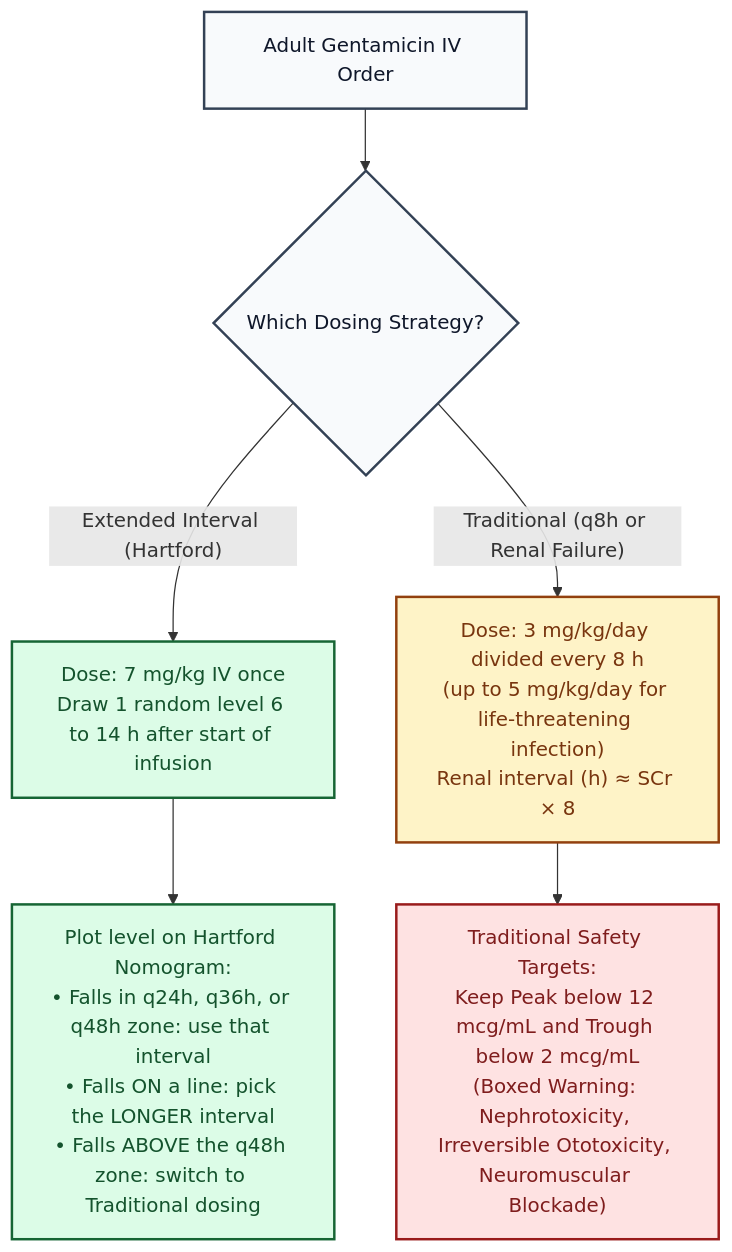
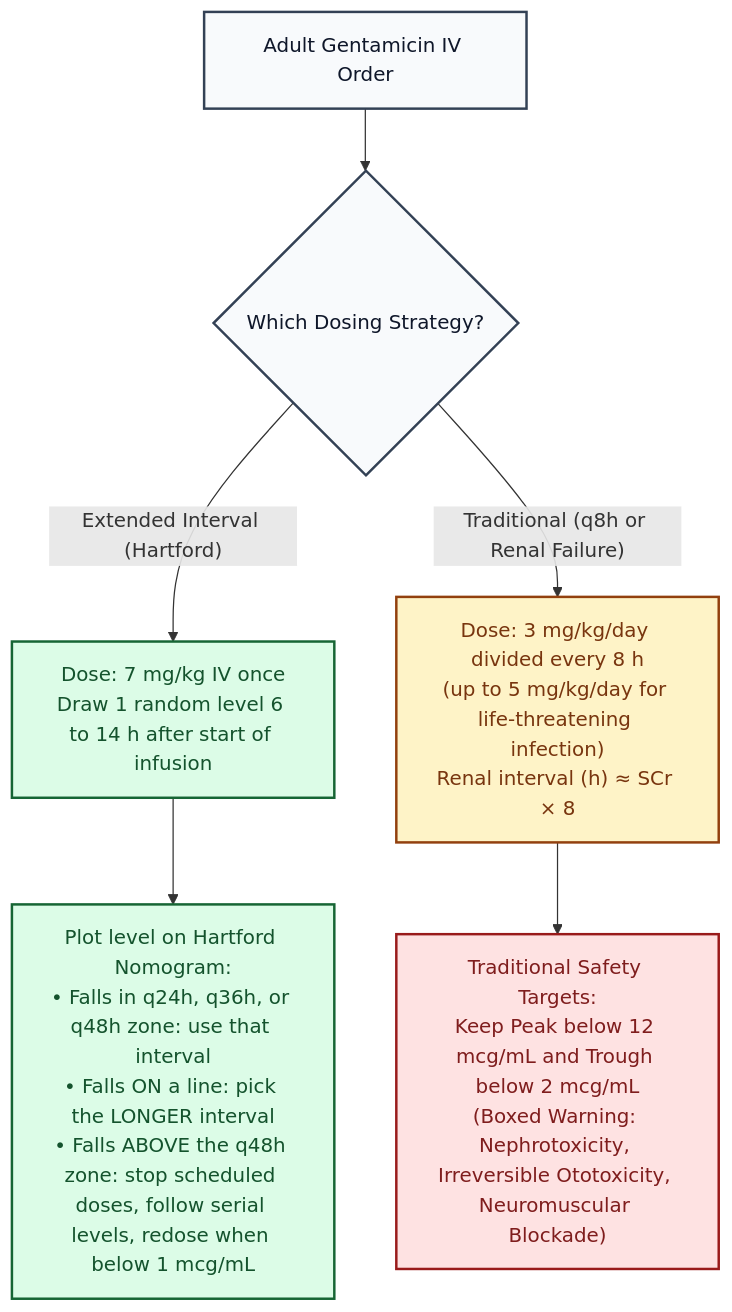
The diagram in src/wiki/drug-hub/monographs/Gentamicin.md (Shan12377/stmarys-residency-site), drawn with Mermaid before and after one commit. The commit also changed other lines of this file and 79 other files, not shown here.

````diff
--- a/src/wiki/drug-hub/monographs/Gentamicin.md
+++ b/src/wiki/drug-hub/monographs/Gentamicin.md
@@ -26,16 +26,16 @@
 ```mermaid
 flowchart TD
     START["Adult Gentamicin IV Order"] --> MODE{"Which Dosing Strategy?"}
     MODE -->|"Extended Interval (Hartford)"| HART["Dose: 7 mg/kg IV once<br/>Draw 1 random level 6 to 14 h after start of infusion"]
     MODE -->|"Traditional (q8h or Renal Failure)"| TRAD["Dose: 3 mg/kg/day divided every 8 h<br/>(up to 5 mg/kg/day for life-threatening infection)<br/>Renal interval (h) ≈ SCr × 8"]
 
-    HART --> PLOT["Plot level on Hartford Nomogram:<br/>• Falls in q24h, q36h, or q48h zone: use that interval<br/>• Falls ON a line: pick the LONGER interval<br/>• Falls ABOVE the q48h zone: switch to Traditional dosing"]
+    HART --> PLOT["Plot level on Hartford Nomogram:<br/>• Falls in q24h, q36h, or q48h zone: use that interval<br/>• Falls ON a line: pick the LONGER interval<br/>• Falls ABOVE the q48h zone: stop scheduled doses, follow serial levels, redose when below 1 mcg/mL"]
     TRAD --> TARG["Traditional Safety Targets:<br/>Keep Peak below 12 mcg/mL and Trough below 2 mcg/mL<br/>(Boxed Warning: Nephrotoxicity, Irreversible Ototoxicity, Neuromuscular Blockade)"]
 
     style START fill:#f8fafc,stroke:#334155,color:#0f172a,stroke-width:2px
     style MODE fill:#f8fafc,stroke:#334155,color:#0f172a,stroke-width:2px
     style HART fill:#dcfce7,stroke:#166534,color:#14532d,stroke-width:2px
     style TRAD fill:#fef3c7,stroke:#92400e,color:#78350f,stroke-width:2px
     style PLOT fill:#dcfce7,stroke:#166534,color:#14532d,stroke-width:2px
     style TARG fill:#fee2e2,stroke:#991b1b,color:#7f1d1d,stroke-width:2px
 ```
````
